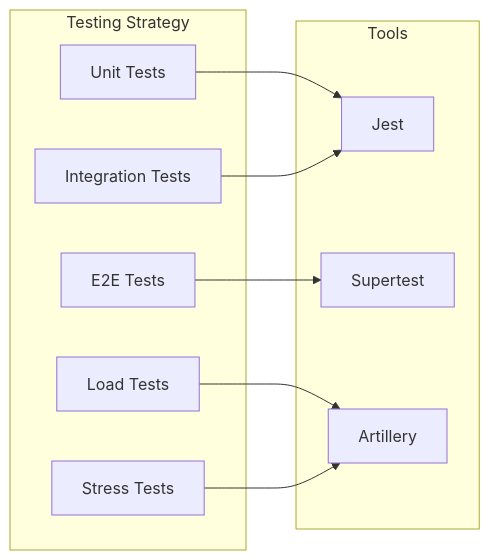
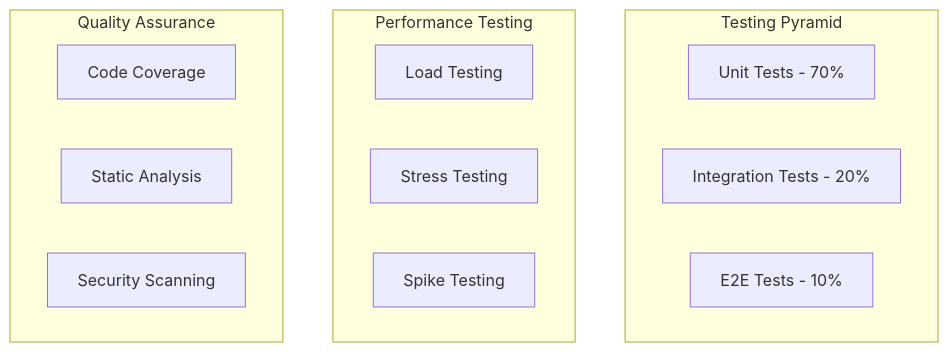
Before and after one commit to Amtilan/cpp: the fourth of 4 diagrams in README.md, drawn with Mermaid. The commit also changed other lines of this file, not shown here.

````diff
--- a/README.md
+++ b/README.md
@@ -286,22 +990,20 @@
 ```mermaid
-graph LR
-    subgraph "Testing Strategy"
-        A[Unit Tests]
-        B[Integration Tests]
-        C[E2E Tests]
-        D[Load Tests]
-        E[Stress Tests]
+graph TB
+    subgraph "Testing Pyramid"
+        A[Unit Tests - 70%]
+        B[Integration Tests - 20%]
+        C[E2E Tests - 10%]
     end
     
-    subgraph "Tools"
-        F[Jest]
-        G[Supertest]
-        H[Artillery]
+    subgraph "Performance Testing"
+        D[Load Testing]
+        E[Stress Testing]
+        F[Spike Testing]
     end
     
-    A --> F
-    B --> F
-    C --> G
-    D --> H
-    E --> H
+    subgraph "Quality Assurance"
+        G[Code Coverage]
+        H[Static Analysis]
+        I[Security Scanning]
+    end
 ```
````
